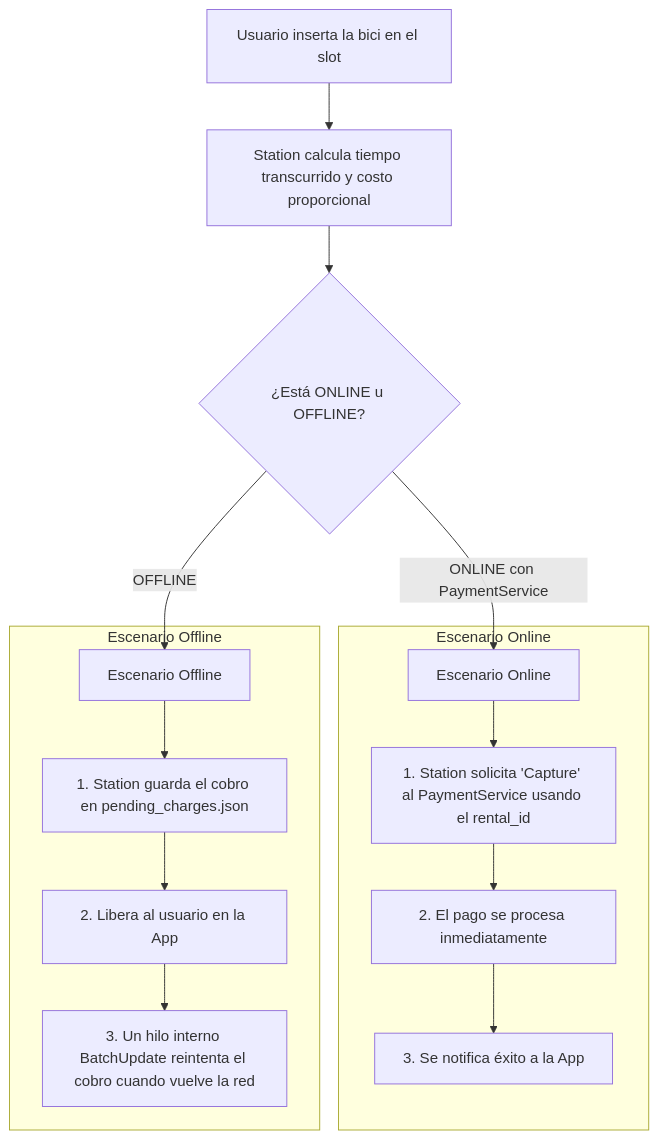
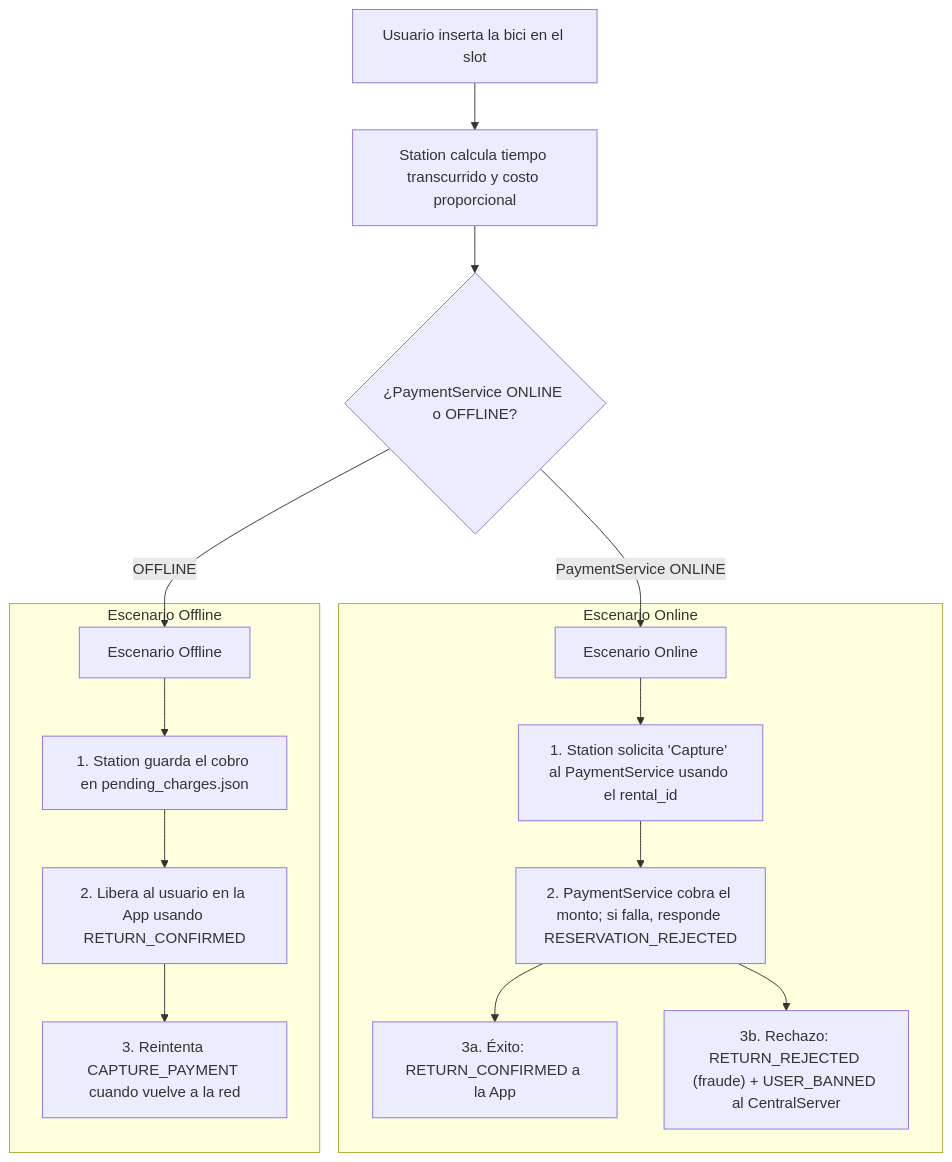
Before and after one commit to FacuMadotta/BiciRed: the first of 2 diagrams in README.md, drawn with Mermaid. The commit also changed other lines of this file, not shown here.

````diff
--- a/README.md
+++ b/README.md
@@ -130,20 +164,21 @@
 ```mermaid
 graph TD
     A[Usuario inserta la bici en el slot] --> B[Station calcula tiempo transcurrido y costo proporcional]
-    B --> C{¿Está ONLINE u OFFLINE?}
+    B --> C{¿PaymentService ONLINE o OFFLINE?}
     
-    C -->|ONLINE con PaymentService| D[Escenario Online]
+    C -->|PaymentService ONLINE| D[Escenario Online]
     C -->|OFFLINE| E[Escenario Offline]
 
     subgraph Escenario Online
         D --> D1[1. Station solicita 'Capture' al PaymentService usando el rental_id]
-        D1 --> D2[2. El pago se procesa inmediatamente]
-        D2 --> D3[3. Se notifica éxito a la App]
+        D1 --> D2["2. PaymentService cobra el monto; si falla, responde RESERVATION_REJECTED"]
+        D2 --> D3["3a. Éxito: RETURN_CONFIRMED a la App"]
+        D2 --> D4["3b. Rechazo: RETURN_REJECTED (fraude) + USER_BANNED al CentralServer"]
     end
 
     subgraph Escenario Offline
         E --> E1[1. Station guarda el cobro en pending_charges.json]
-        E1 --> E2[2. Libera al usuario en la App]
-        E2 --> E3[3. Un hilo interno BatchUpdate reintenta el cobro cuando vuelve la red]
+        E1 --> E2[2. Libera al usuario en la App usando RETURN_CONFIRMED]
+        E2 --> E3[3. Reintenta CAPTURE_PAYMENT cuando vuelve a la red]
     end
 ```
````
